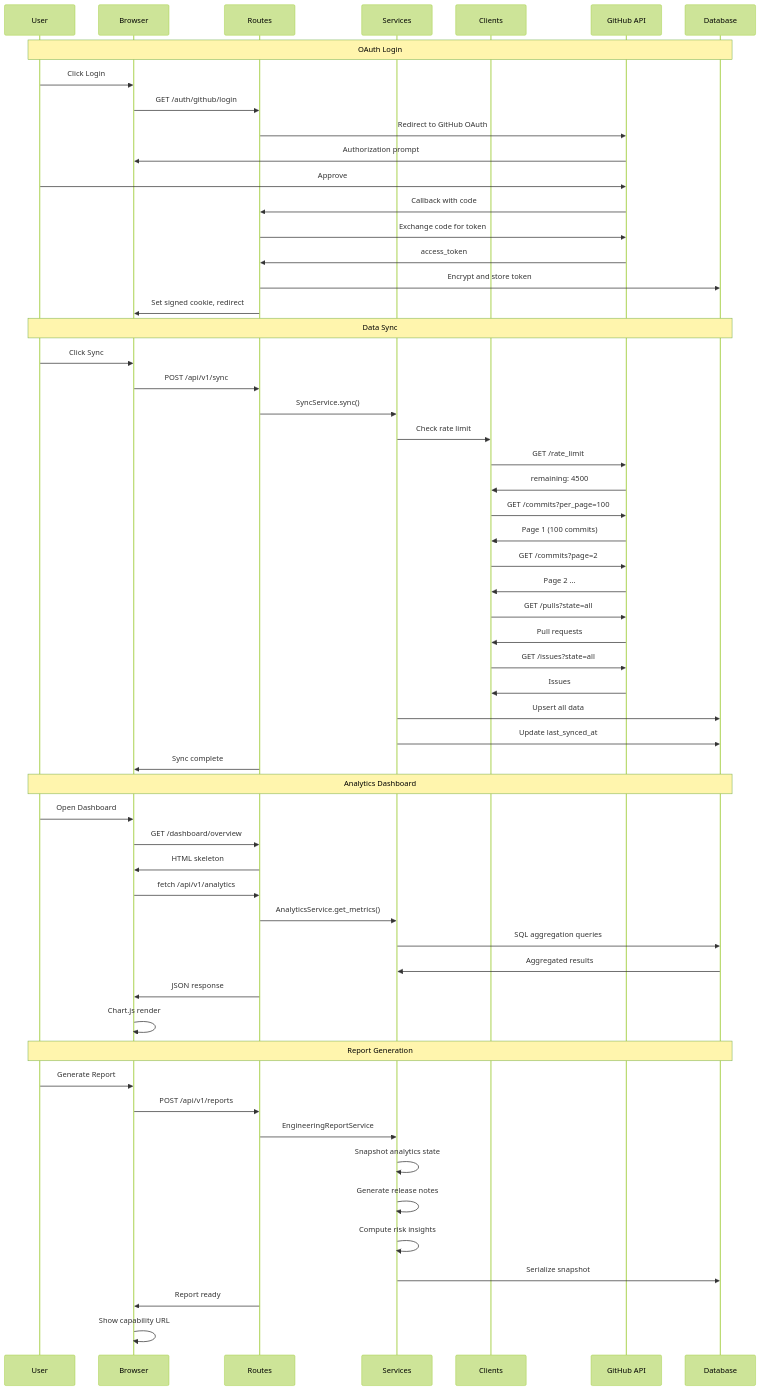
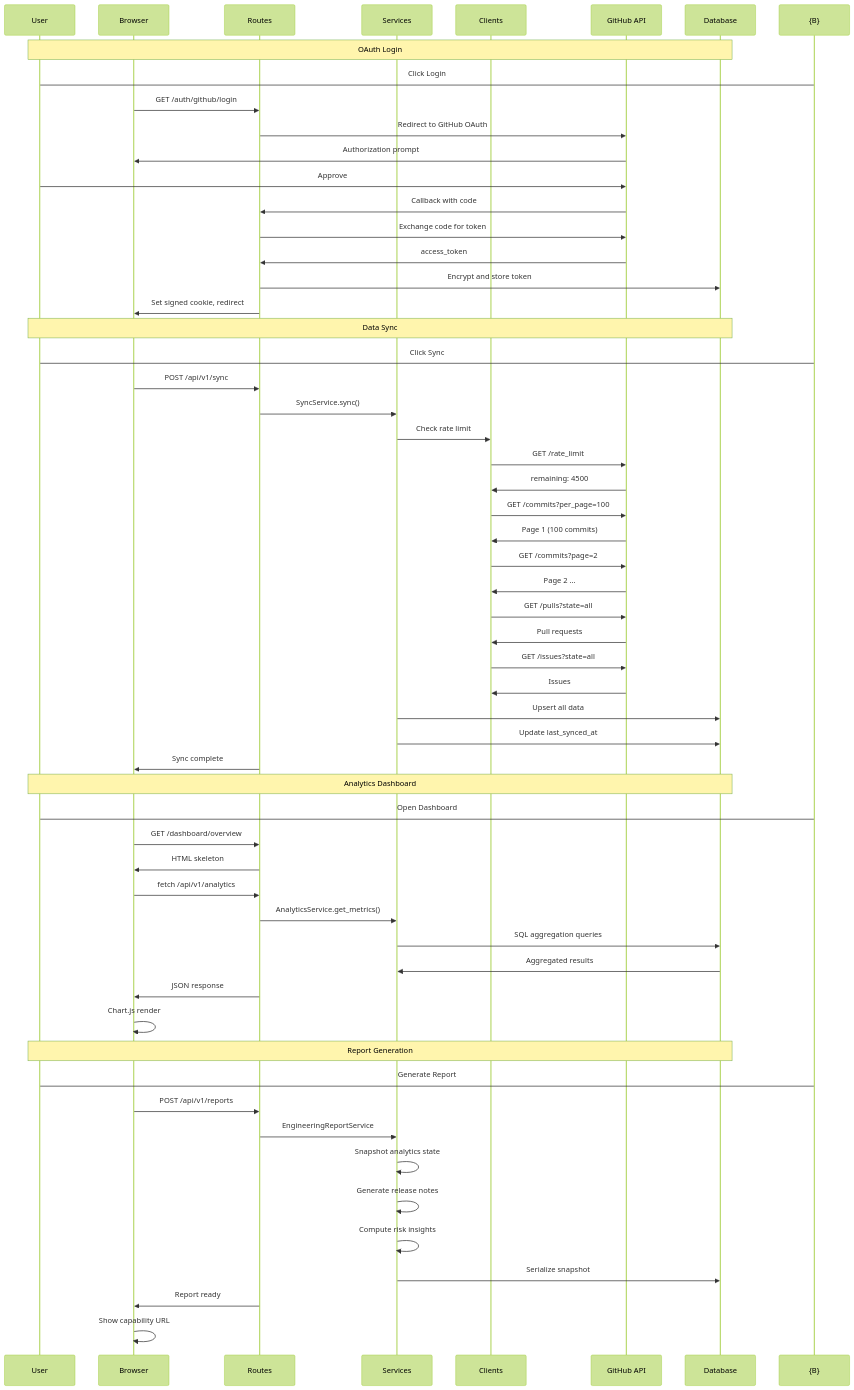
Before and after one commit to kh4i-dev/git-analytics: the second of 2 diagrams in README.md, drawn with Mermaid (forest theme). The commit also changed other lines of this file and 33 other files, not shown here.

First line of the commit message:
docs: add Vietnamese tech-stack document with Mermaid workflow diagrams

````diff
--- a/README.md
+++ b/README.md
@@ -59,63 +69,63 @@
 ```mermaid
 sequenceDiagram
     participant U as User
     participant B as Browser
     participant R as Routes
     participant S as Services
     participant C as Clients
     participant G as GitHub API
     participant D as Database
 
     Note over U,D: OAuth Login
-    U->>B: Click Login
+    U->{B}: Click Login
     B->>R: GET /auth/github/login
     R->>G: Redirect to GitHub OAuth
     G->>B: Authorization prompt
     U->>G: Approve
     G->>R: Callback with code
     R->>G: Exchange code for token
     G->>R: access_token
     R->>D: Encrypt and store token
     R->>B: Set signed cookie, redirect
 
     Note over U,D: Data Sync
-    U->>B: Click Sync
+    U->{B}: Click Sync
     B->>R: POST /api/v1/sync
     R->>S: SyncService.sync()
     S->>C: Check rate limit
     C->>G: GET /rate_limit
     G->>C: remaining: 4500
     C->>G: GET /commits?per_page=100
     G->>C: Page 1 (100 commits)
     C->>G: GET /commits?page=2
     G->>C: Page 2 ...
     C->>G: GET /pulls?state=all
     G->>C: Pull requests
     C->>G: GET /issues?state=all
     G->>C: Issues
     S->>D: Upsert all data
     S->>D: Update last_synced_at
     R->>B: Sync complete
 
     Note over U,D: Analytics Dashboard
-    U->>B: Open Dashboard
+    U->{B}: Open Dashboard
     B->>R: GET /dashboard/overview
     R->>B: HTML skeleton
     B->>R: fetch /api/v1/analytics
     R->>S: AnalyticsService.get_metrics()
     S->>D: SQL aggregation queries
     D->>S: Aggregated results
     R->>B: JSON response
     B->>B: Chart.js render
 
     Note over U,D: Report Generation
-    U->>B: Generate Report
+    U->{B}: Generate Report
     B->>R: POST /api/v1/reports
     R->>S: EngineeringReportService
     S->>S: Snapshot analytics state
     S->>S: Generate release notes
     S->>S: Compute risk insights
     S->>D: Serialize snapshot
     R->>B: Report ready
     B->>B: Show capability URL
 ```
````
